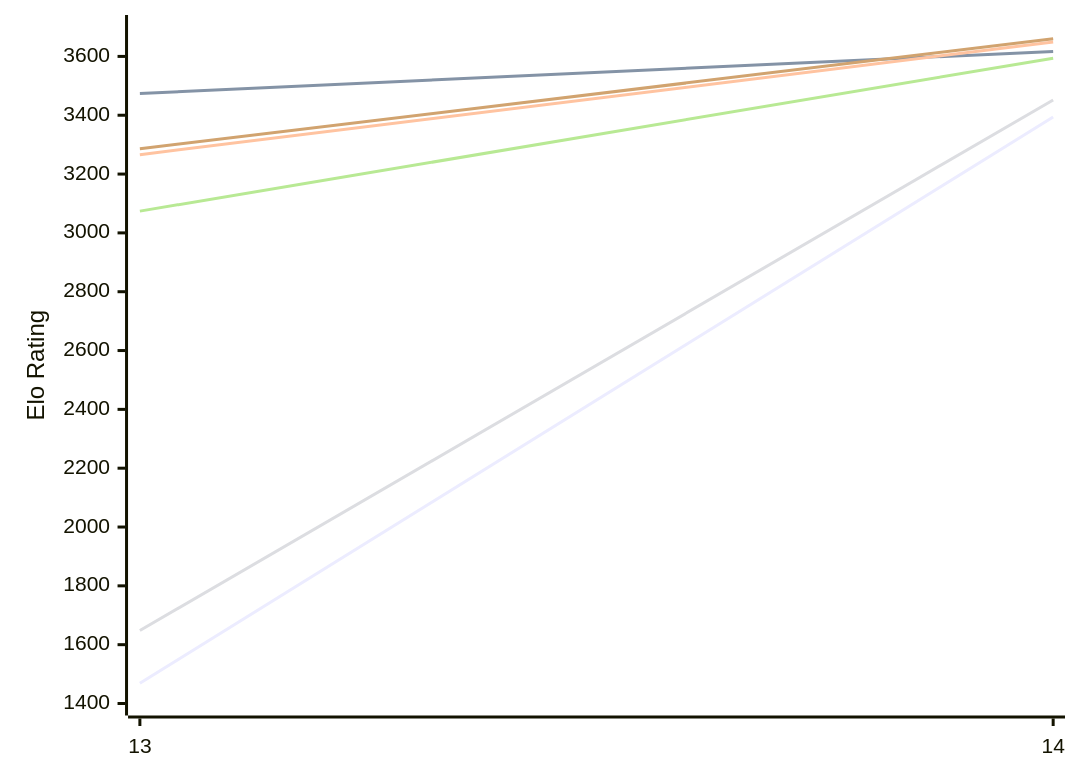
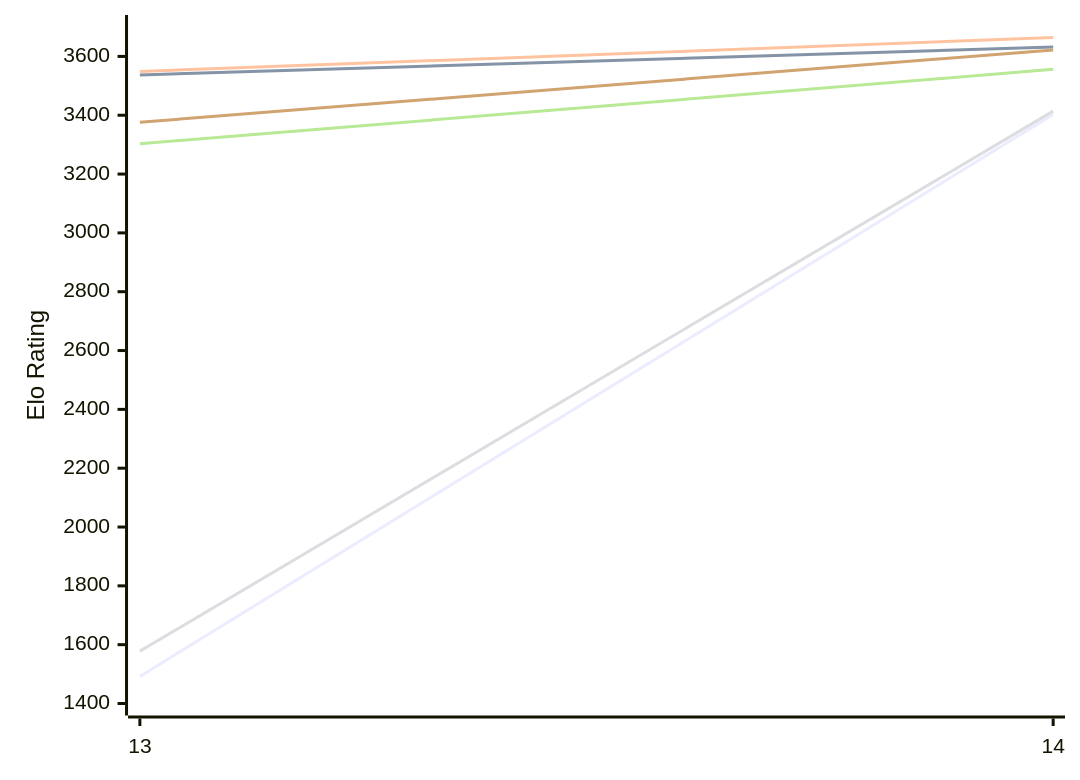
Before and after one commit to computer-chess-index/cci: the first of 2 diagrams in engines/Berserk.md, drawn with Mermaid. The commit also changed other lines of this file, not shown here.

Commit message:
Update CCI Ratings (ELO VLTC) - 2026-11-14

````diff
--- a/engines/Berserk.md
+++ b/engines/Berserk.md
@@ -50,12 +50,12 @@
 ```mermaid
 %%{init: {"theme":"base","themeVariables":{"seriesColors:['#a3a3a3','#222221','#faa371']}}}%%
 xychart-beta
   x-axis ["13", "14"]
   y-axis "Elo Rating" 1400 --> 3700
-  line "E1: STC (8.0+0.08s)" [1469, 3394]
-  line "E1: LTC (60.0+0.60s)" [3474, 3617]
-  line "E1: VLTC (2m24s+1.12s)" [3266, 3649]
-  line "P1: STC (8.0+0.08s)" [1648, 3452]
-  line "P1: LTC (60.0+0.60s)" [3074, 3594]
-  line "P1: VLTC (2m24s+1.12s)" [3286, 3660]
+  line "E1: STC (8.0+0.08s)" [1492, 3403]
+  line "E1: LTC (60.0+0.60s)" [3537, 3632]
+  line "E1: VLTC (2m24s+1.12s)" [3549, 3664]
+  line "P1: STC (8.0+0.08s)" [1578, 3414]
+  line "P1: LTC (60.0+0.60s)" [3303, 3556]
+  line "P1: VLTC (2m24s+1.12s)" [3376, 3622]
 ```
````
